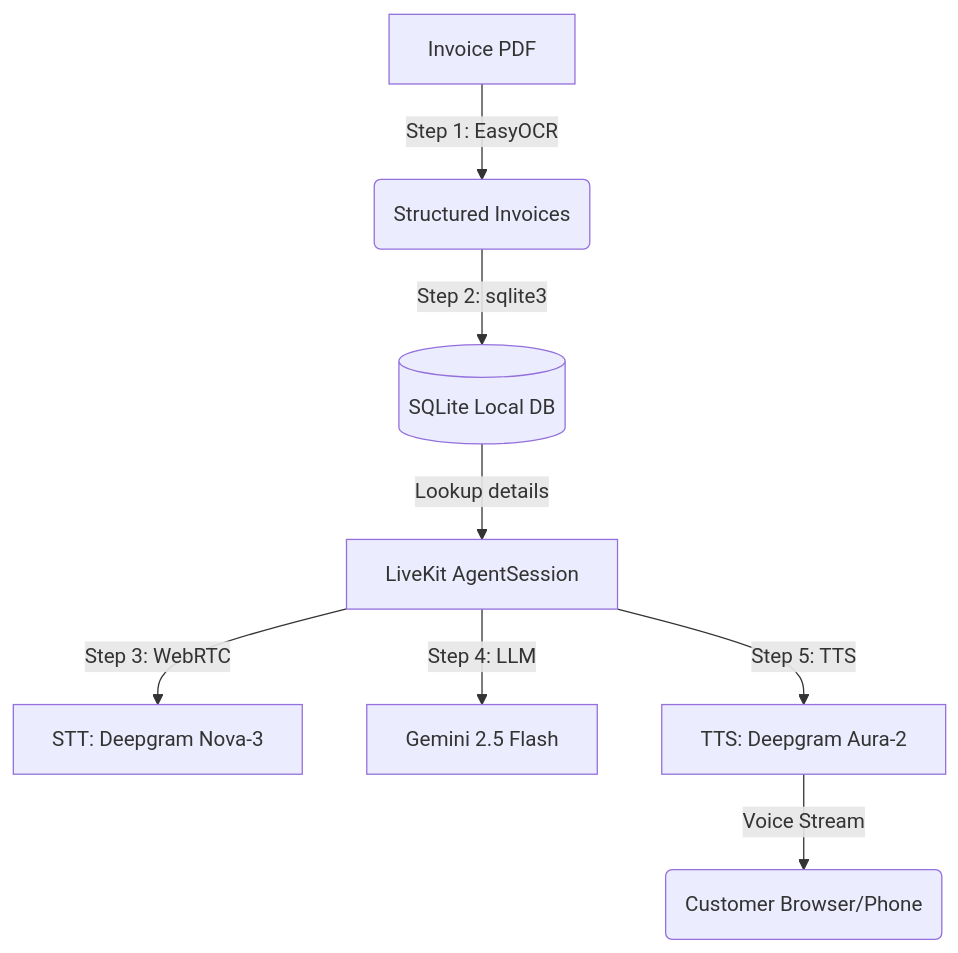
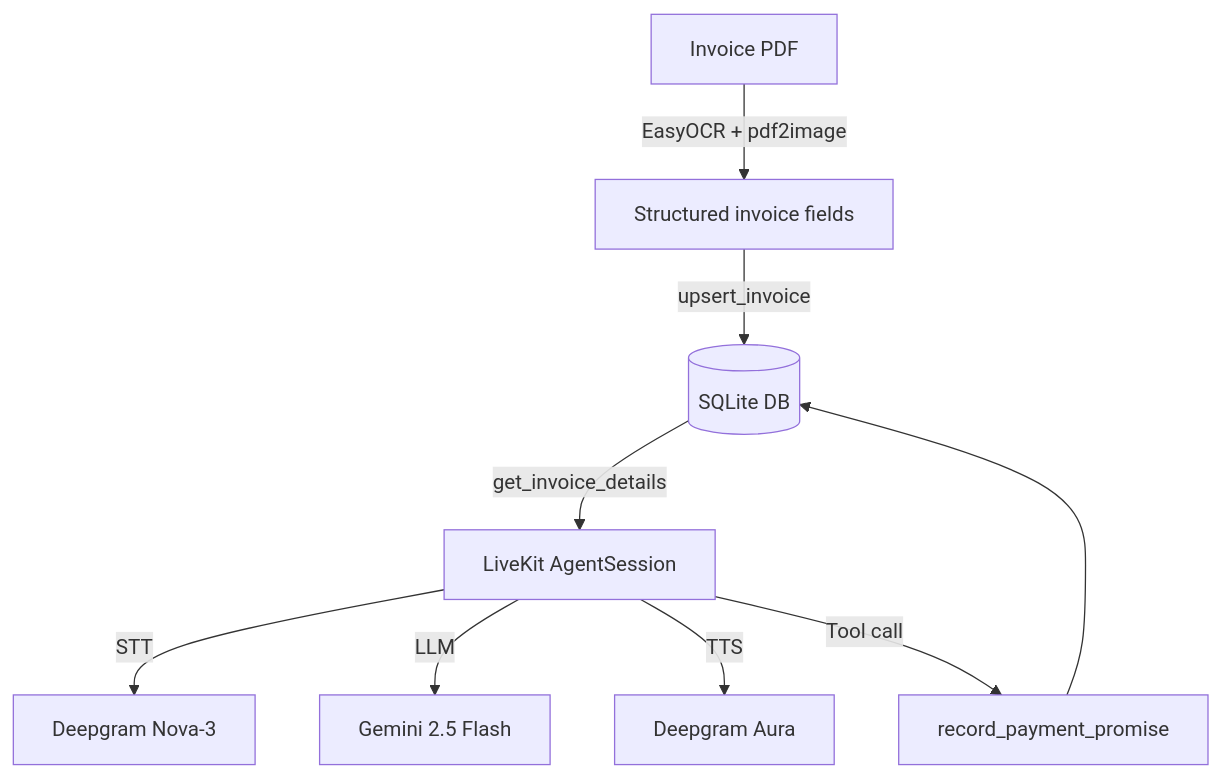
The diagram in README.md (skjaved221/smart-AR-voice-agent), drawn with Mermaid before and after one commit. The commit also changed other lines of this file and 8 other files, not shown here.

Commit message:
Fix Smart AR voice agent project setup

````diff
--- a/README.md
+++ b/README.md
@@ -34,10 +17,11 @@
 ```mermaid
 graph TD
-    A[Invoice PDF] -->|Step 1: EasyOCR| B(Structured Invoices)
-    B -->|Step 2: sqlite3| C[(SQLite Local DB)]
-    C -->|Lookup details| D[LiveKit AgentSession]
-    D -->|Step 3: WebRTC| E[STT: Deepgram Nova-3]
-    D -->|Step 4: LLM| F[Gemini 2.5 Flash]
-    D -->|Step 5: TTS| G[TTS: Deepgram Aura-2]
-    G -->|Voice Stream| H(Customer Browser/Phone)
+    A[Invoice PDF] -->|EasyOCR + pdf2image| B[Structured invoice fields]
+    B -->|upsert_invoice| C[(SQLite DB)]
+    C -->|get_invoice_details| D[LiveKit AgentSession]
+    D -->|STT| E[Deepgram Nova-3]
+    D -->|LLM| F[Gemini 2.5 Flash]
+    D -->|TTS| G[Deepgram Aura]
+    D -->|Tool call| H[record_payment_promise]
+    H --> C
 ```
````
